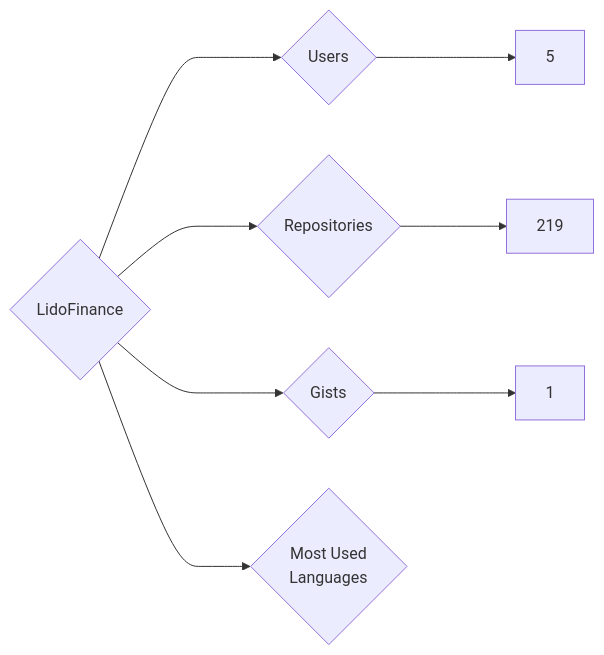
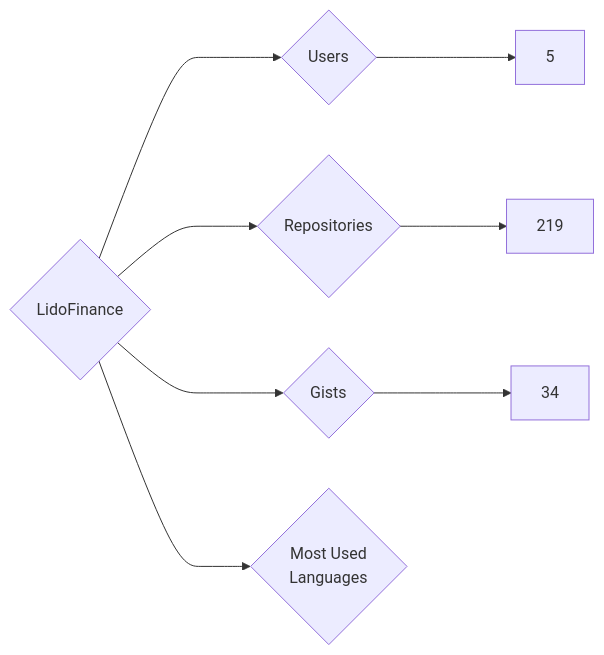
Before and after one commit to nenadzaric/insiders: the diagram in targets/LidoFinance/README.md, drawn with Mermaid. The commit also changed 1342 other files, not shown here.

````diff
--- a/targets/LidoFinance/README.md
+++ b/targets/LidoFinance/README.md
@@ -3,8 +3,8 @@
 ```mermaid
 graph LR
 COMPANY_NAME{LidoFinance}
 COMPANY_NAME ---> U{Users} ---> UN[5]
 COMPANY_NAME ---> R{Repositories} ---> RN[219]
-COMPANY_NAME ---> G{Gists} ---> GN[1]
+COMPANY_NAME ---> G{Gists} ---> GN[34]
 COMPANY_NAME ---> ML{Most Used<br>Languages}
 ```
````
